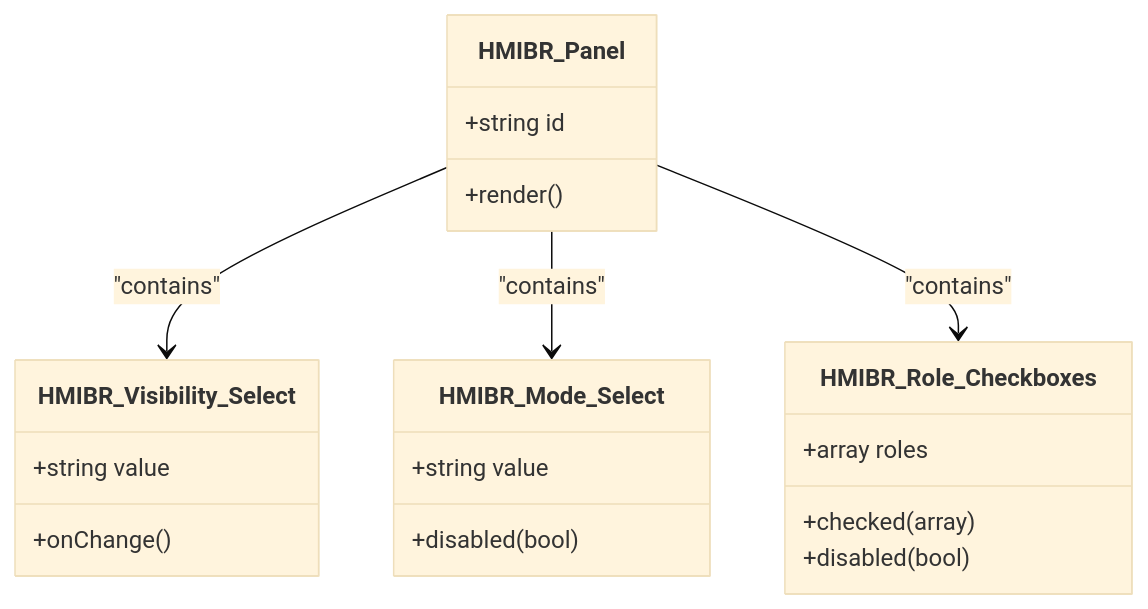
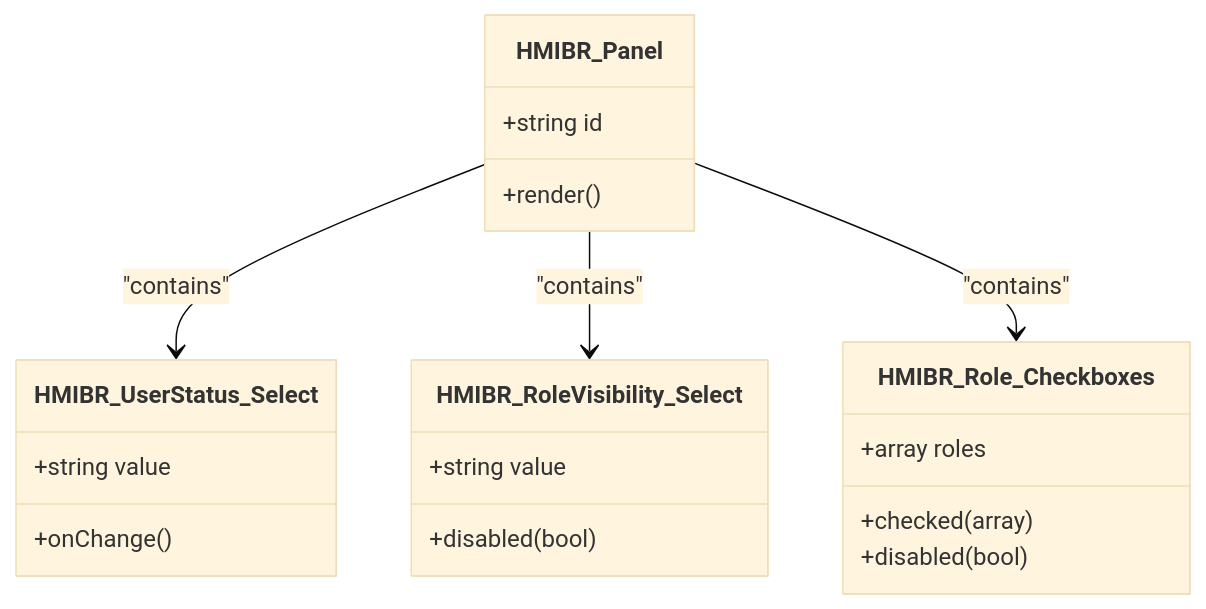
One commit to mahfuzurwp/hide-menu-items-by-role changed the third of 6 diagrams in .qoder/repowiki/en/content/Features Guide/Admin Interface & User Experience.md. Above: the diagram before and after it, drawn with Mermaid (base theme). The commit also changed other lines of this file and 20 other files, not shown here.

````diff
--- a/.qoder/repowiki/en/content/Features Guide/Admin Interface & User Experience.md
+++ b/.qoder/repowiki/en/content/Features Guide/Admin Interface & User Experience.md
@@ -122,23 +134,23 @@
 ```mermaid
 classDiagram
 class HMIBR_Panel {
 +string id
 +render()
 }
-class HMIBR_Visibility_Select {
+class HMIBR_UserStatus_Select {
 +string value
 +onChange()
 }
-class HMIBR_Mode_Select {
+class HMIBR_RoleVisibility_Select {
 +string value
 +disabled(bool)
 }
 class HMIBR_Role_Checkboxes {
 +array roles
 +checked(array)
 +disabled(bool)
 }
-HMIBR_Panel --> HMIBR_Visibility_Select : "contains"
-HMIBR_Panel --> HMIBR_Mode_Select : "contains"
+HMIBR_Panel --> HMIBR_UserStatus_Select : "contains"
+HMIBR_Panel --> HMIBR_RoleVisibility_Select : "contains"
 HMIBR_Panel --> HMIBR_Role_Checkboxes : "contains"
 ```
````
